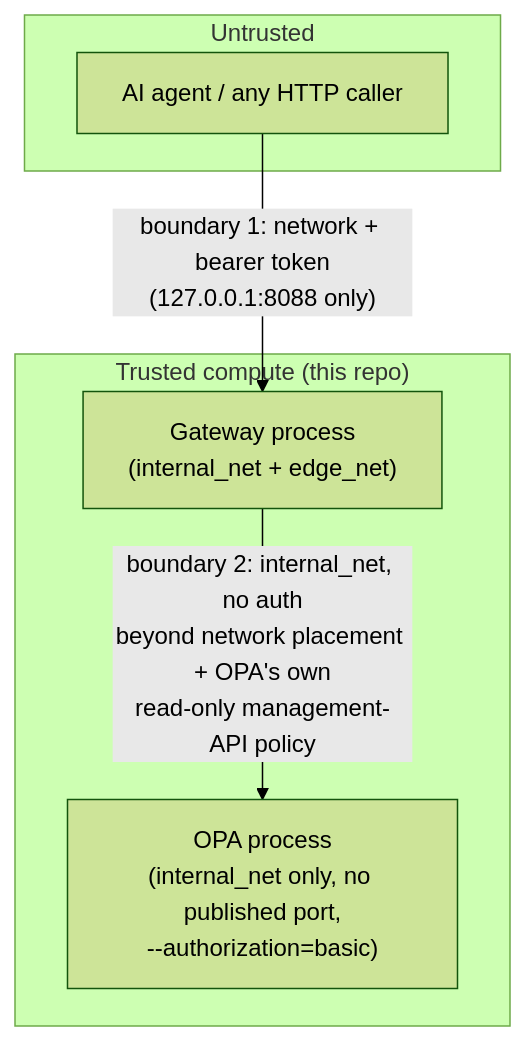
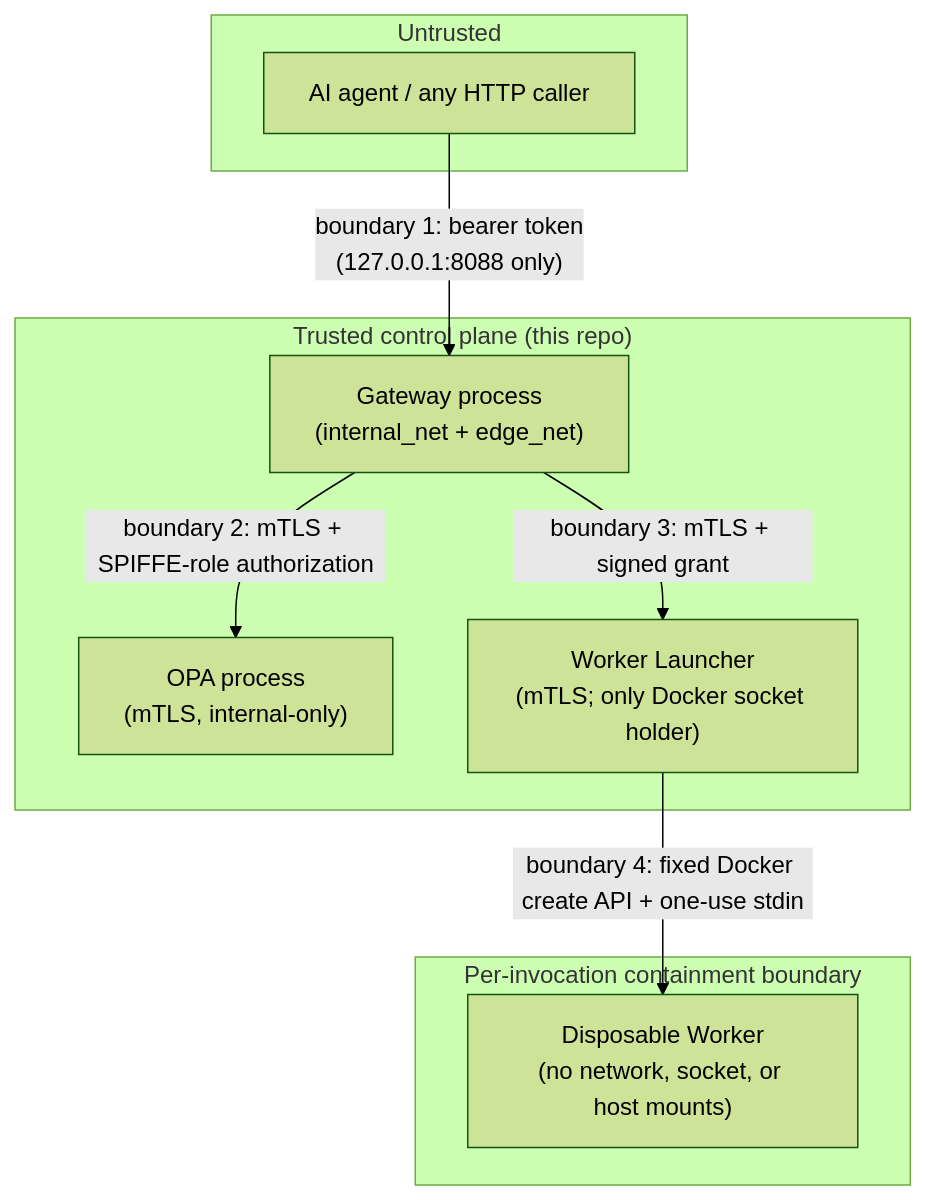
Before and after one commit to jspillers10/secure-agent-gateway: the diagram in docs/threat-model.md, drawn with Mermaid (forest theme). The commit also changed other lines of this file and 47 other files, not shown here.

First line of the commit message:
feat: isolate agent tool execution in disposable workers (#2)

````diff
--- a/docs/threat-model.md
+++ b/docs/threat-model.md
@@ -13,14 +15,21 @@
 ```mermaid
 flowchart TB
     subgraph Untrusted["Untrusted"]
         Agent["AI agent / any HTTP caller"]
     end
 
-    subgraph Trusted["Trusted compute (this repo)"]
+    subgraph Trusted["Trusted control plane (this repo)"]
         Gateway["Gateway process<br/>(internal_net + edge_net)"]
-        OPA["OPA process<br/>(internal_net only, no published port,<br/>--authorization=basic)"]
+        OPA["OPA process<br/>(mTLS, internal-only)"]
+        Launcher["Worker Launcher<br/>(mTLS; only Docker socket holder)"]
     end
 
-    Agent -- "boundary 1: network + bearer token<br/>(127.0.0.1:8088 only)" --> Gateway
-    Gateway -- "boundary 2: internal_net, no auth<br/>beyond network placement + OPA's own<br/>read-only management-API policy" --> OPA
+    subgraph Contained["Per-invocation containment boundary"]
+        Worker["Disposable Worker<br/>(no network, socket, or host mounts)"]
+    end
+
+    Agent -- "boundary 1: bearer token<br/>(127.0.0.1:8088 only)" --> Gateway
+    Gateway -- "boundary 2: mTLS + SPIFFE-role authorization" --> OPA
+    Gateway -- "boundary 3: mTLS + signed grant" --> Launcher
+    Launcher -- "boundary 4: fixed Docker create API + one-use stdin" --> Worker
 ```
````
